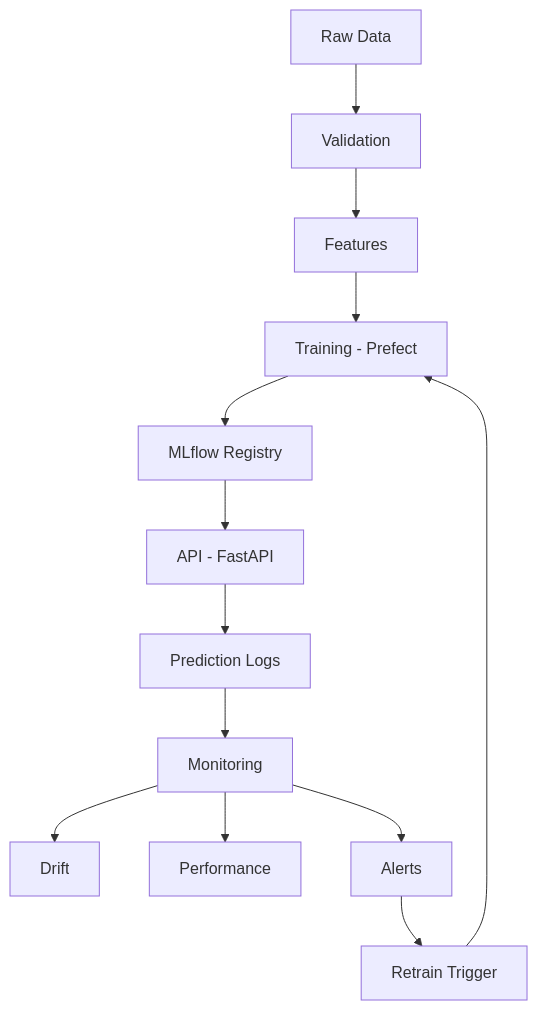
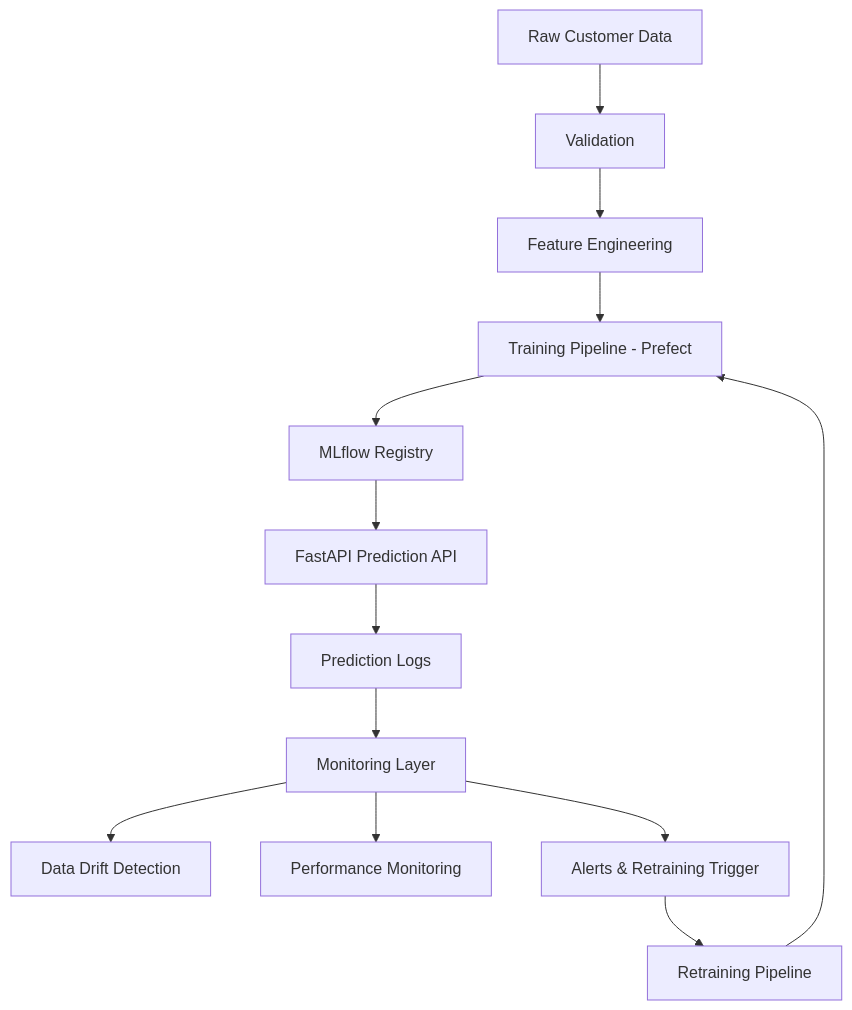
Before and after one commit to SL14-SL/mlops-churn-prediction: the diagram in README.md, drawn with Mermaid. The commit also changed other lines of this file and 3 other files, not shown here.

````diff
--- a/README.md
+++ b/README.md
@@ -133,18 +21,18 @@
 ```mermaid
 flowchart TB
-    A[Raw Data] --> B[Validation]
-    B --> C[Features]
-    C --> D[Training - Prefect]
+    A[Raw Customer Data] --> B[Validation]
+    B --> C[Feature Engineering]
+    C --> D[Training Pipeline - Prefect]
     D --> E[MLflow Registry]
-    E --> F[API - FastAPI]
+    E --> F[FastAPI Prediction API]
 
     F --> G[Prediction Logs]
-    G --> H[Monitoring]
+    G --> H[Monitoring Layer]
 
-    H --> I[Drift]
-    H --> J[Performance]
-    H --> K[Alerts]
+    H --> I[Data Drift Detection]
+    H --> J[Performance Monitoring]
+    H --> K[Alerts & Retraining Trigger]
 
-    K --> L[Retrain Trigger]
+    K --> L[Retraining Pipeline]
     L --> D
 ```
````
